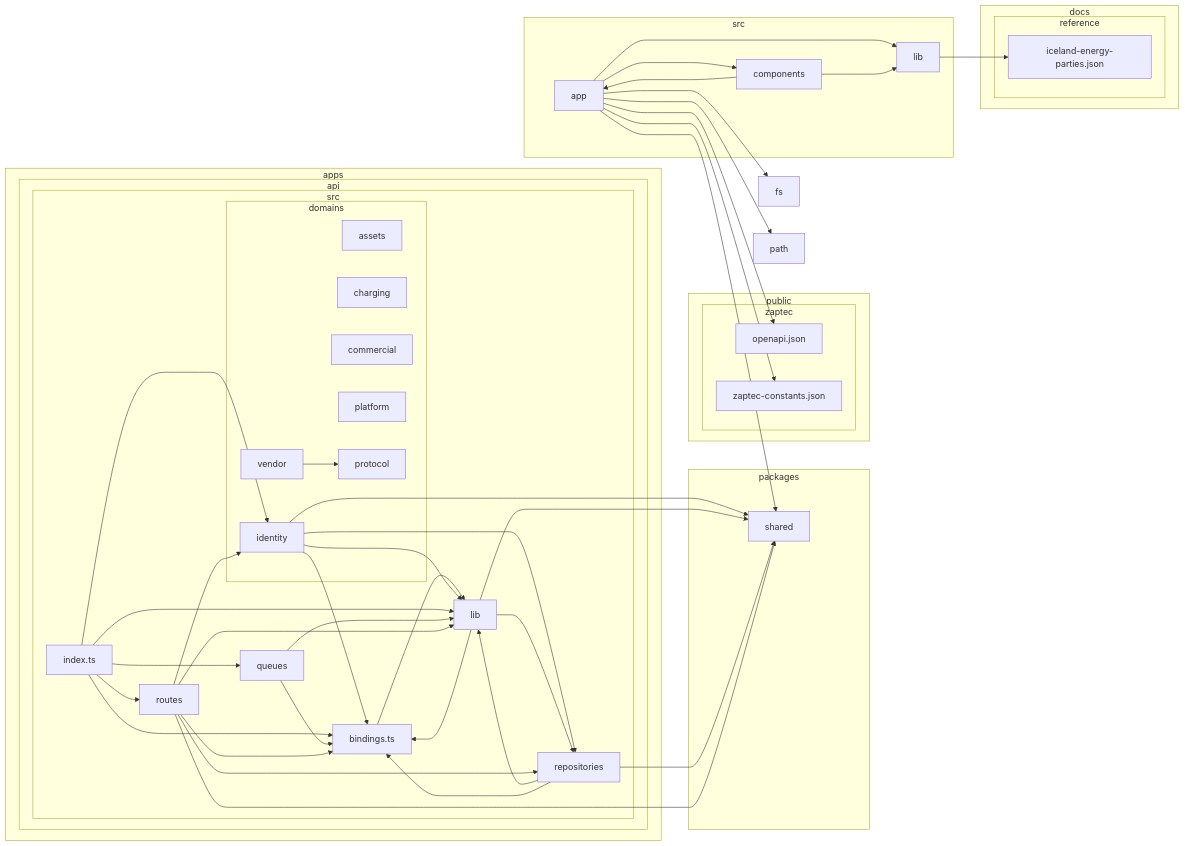
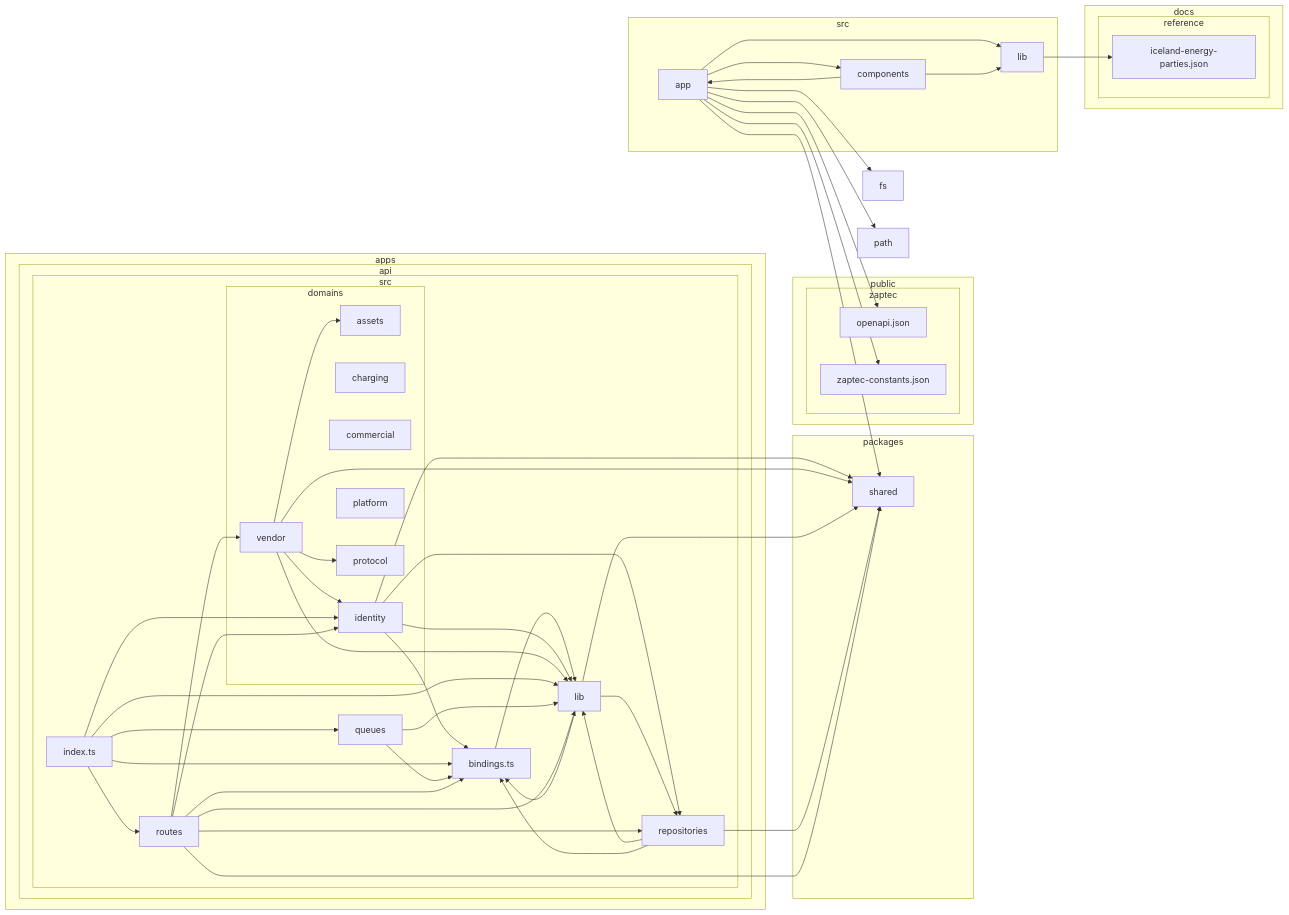
One commit to andri187/Straumvakt changed the diagram in docs/architecture/dependency-graph.md. Above: the diagram before and after it, drawn with Mermaid. The commit also changed other lines of this file and 13 other files, not shown here.

```diff
--- a/docs/architecture/dependency-graph.md
+++ b/docs/architecture/dependency-graph.md
@@ -72,6 +72,10 @@
 8-->M
 8-->3
 8-->F
+B-->D
+B-->8
+B-->M
+B-->5
 B-->A
 C-->3
 C-->8
@@ -91,6 +95,7 @@
 G-->F
 G-->M
 G-->8
+G-->B
 T-->U
 T-->V
 T-->M
```
